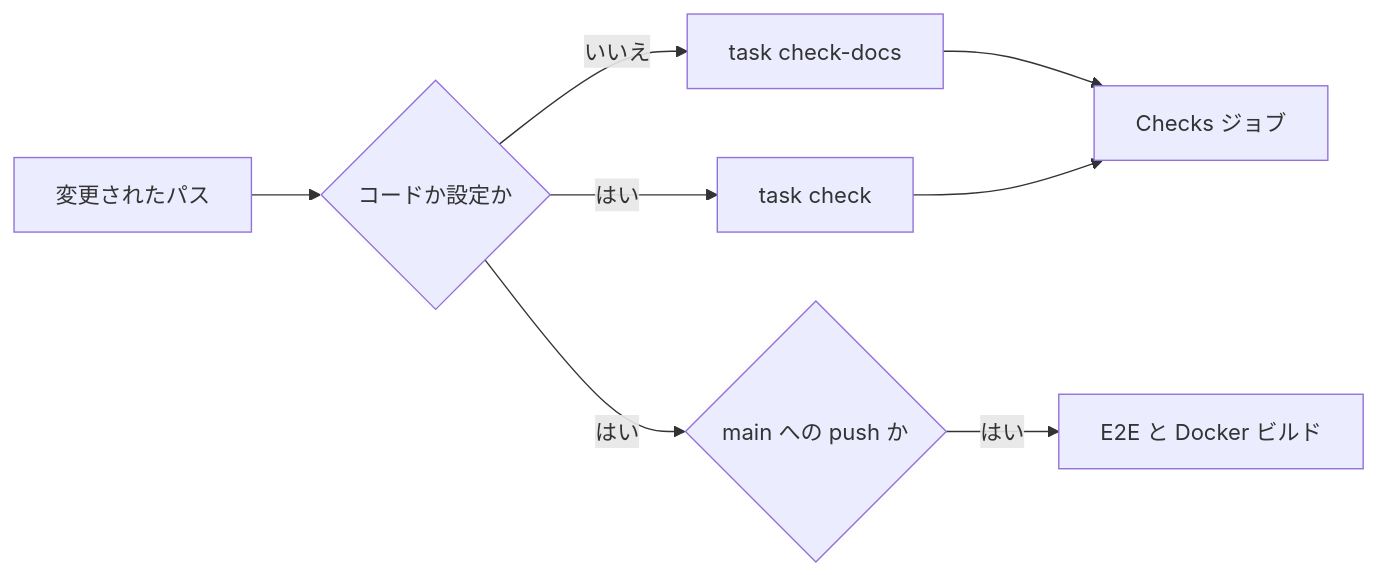
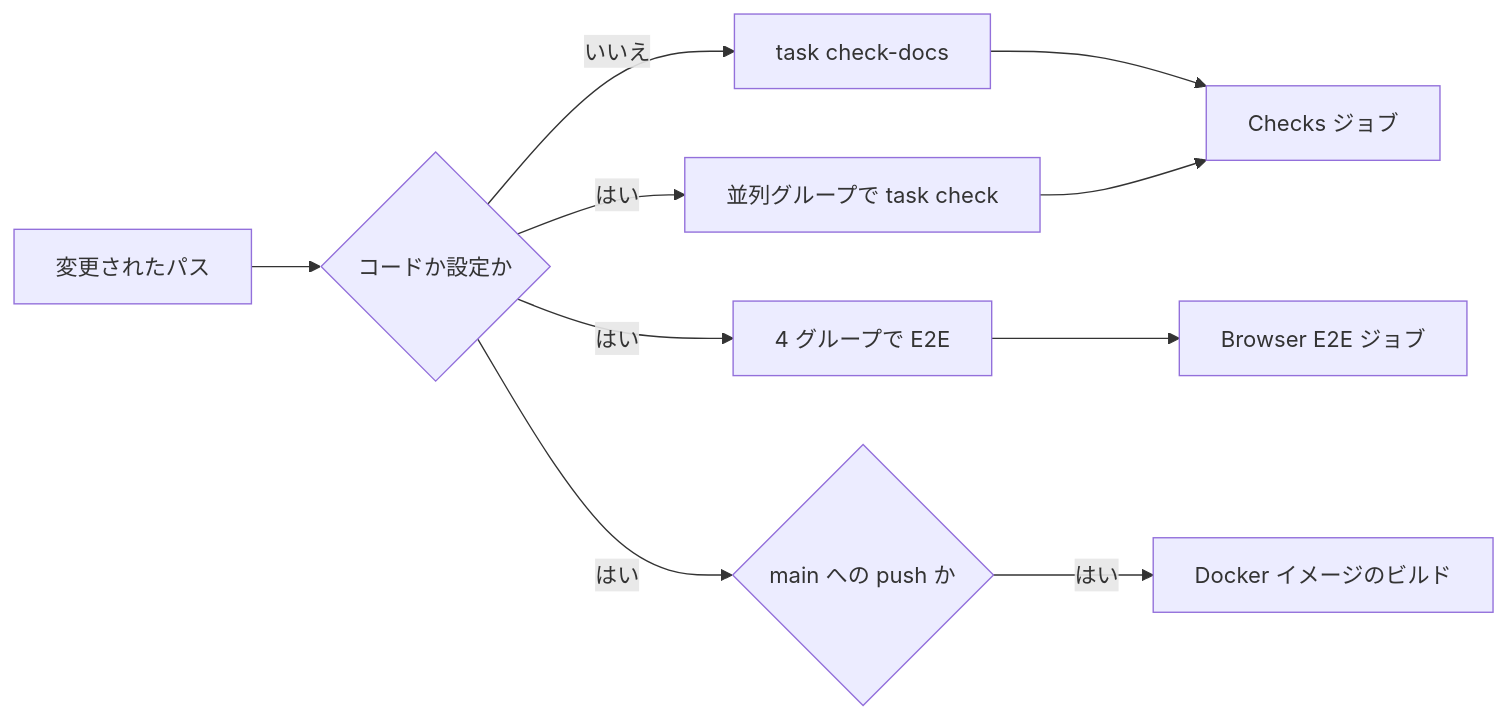
One commit to syudead/vv changed the diagram in translations/ja/docs/how-to/development.md. Above: the diagram before and after it, drawn with Mermaid. The commit also changed other lines of this file and 12 other files, not shown here.

First line of the commit message:
Run the CI checks in parallel groups and split the TagsPage tests

````diff
--- a/translations/ja/docs/how-to/development.md
+++ b/translations/ja/docs/how-to/development.md
@@ -55,10 +55,12 @@
 ```mermaid
 flowchart LR
   change[変更されたパス] --> code{コードか設定か}
   code -->|いいえ| docs[task check-docs]
-  code -->|はい| check[task check]
+  code -->|はい| groups[並列グループで task check]
+  code -->|はい| e2e[4 グループで E2E]
   docs --> checks[Checks ジョブ]
-  check --> checks
+  groups --> checks
+  e2e --> browser[Browser E2E ジョブ]
   code -->|はい| push{main への push か}
-  push -->|はい| more[E2E と Docker ビルド]
+  push -->|はい| image[Docker イメージのビルド]
 ```
````
